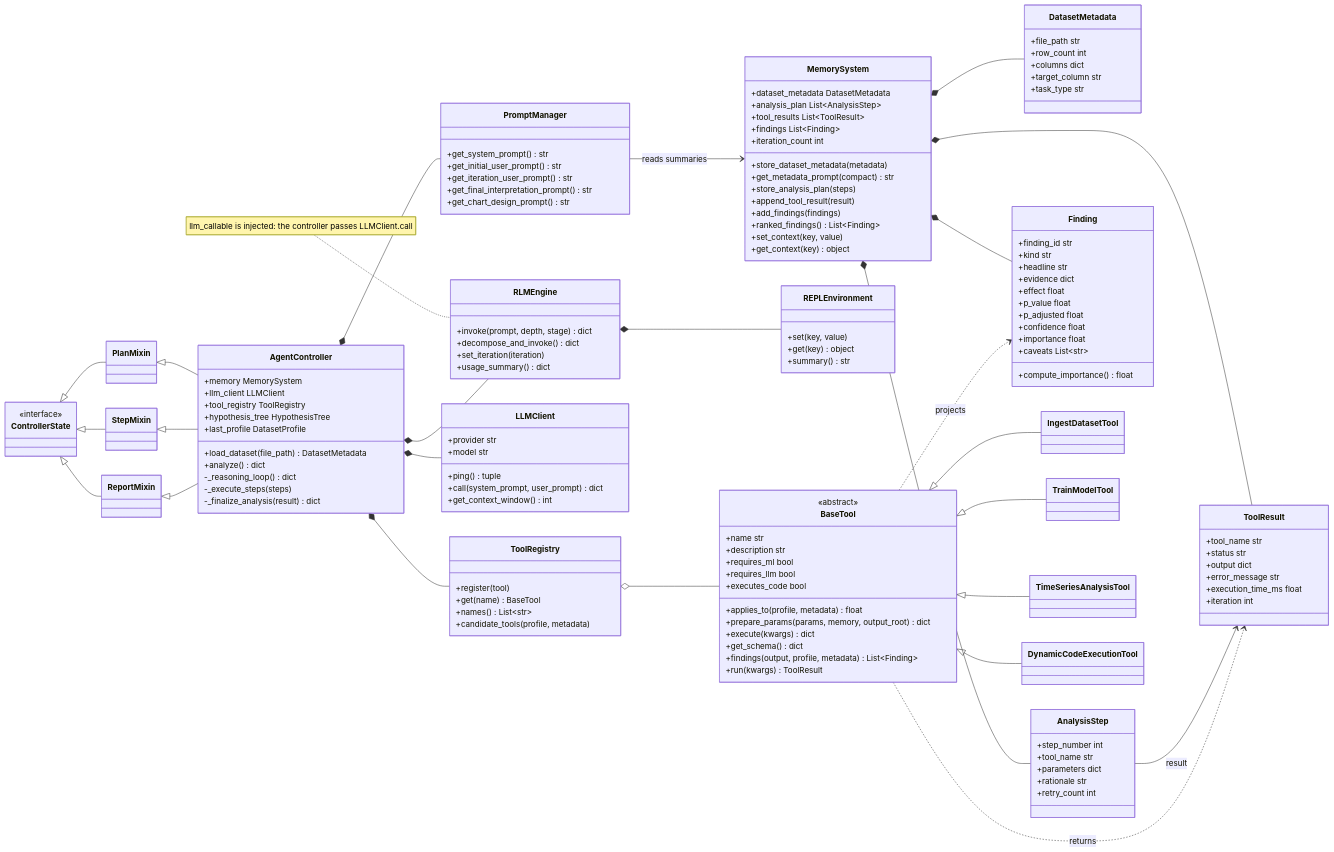
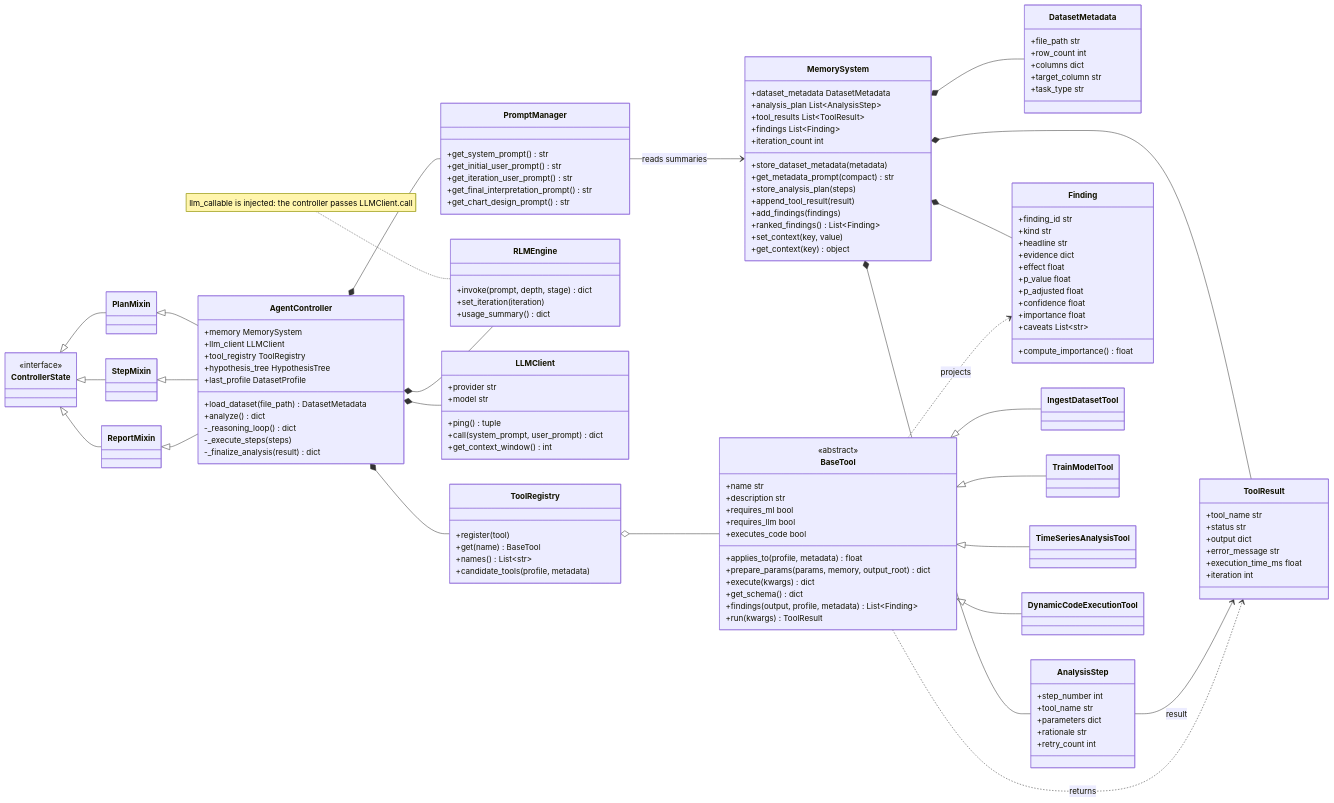
The eighth of 11 diagrams in README.md (shahdaksh050/Sorrel-project), drawn with Mermaid before and after one commit. The commit also changed other lines of this file and 76 other files, not shown here.

```diff
--- a/README.md
+++ b/README.md
@@ -520,14 +514,8 @@
     }
     class RLMEngine {
         +invoke(prompt, depth, stage) dict
-        +decompose_and_invoke() dict
         +set_iteration(iteration)
         +usage_summary() dict
-    }
-    class REPLEnvironment {
-        +set(key, value)
-        +get(key) object
-        +summary() str
     }
     class LLMClient {
         +provider str
@@ -540,7 +528,6 @@
     AgentController *-- PromptManager
     AgentController *-- RLMEngine
     AgentController *-- LLMClient
-    RLMEngine *-- REPLEnvironment
     PromptManager --> MemorySystem : reads summaries
 
     class ToolRegistry {
```
